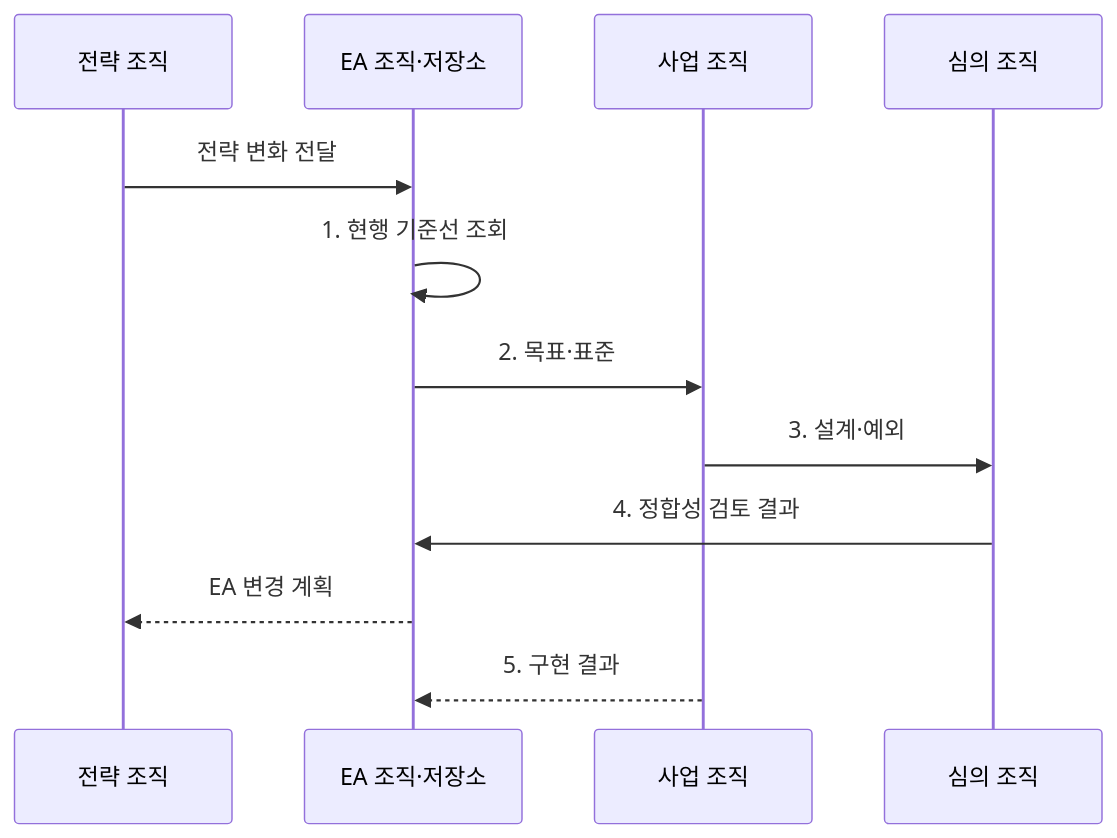
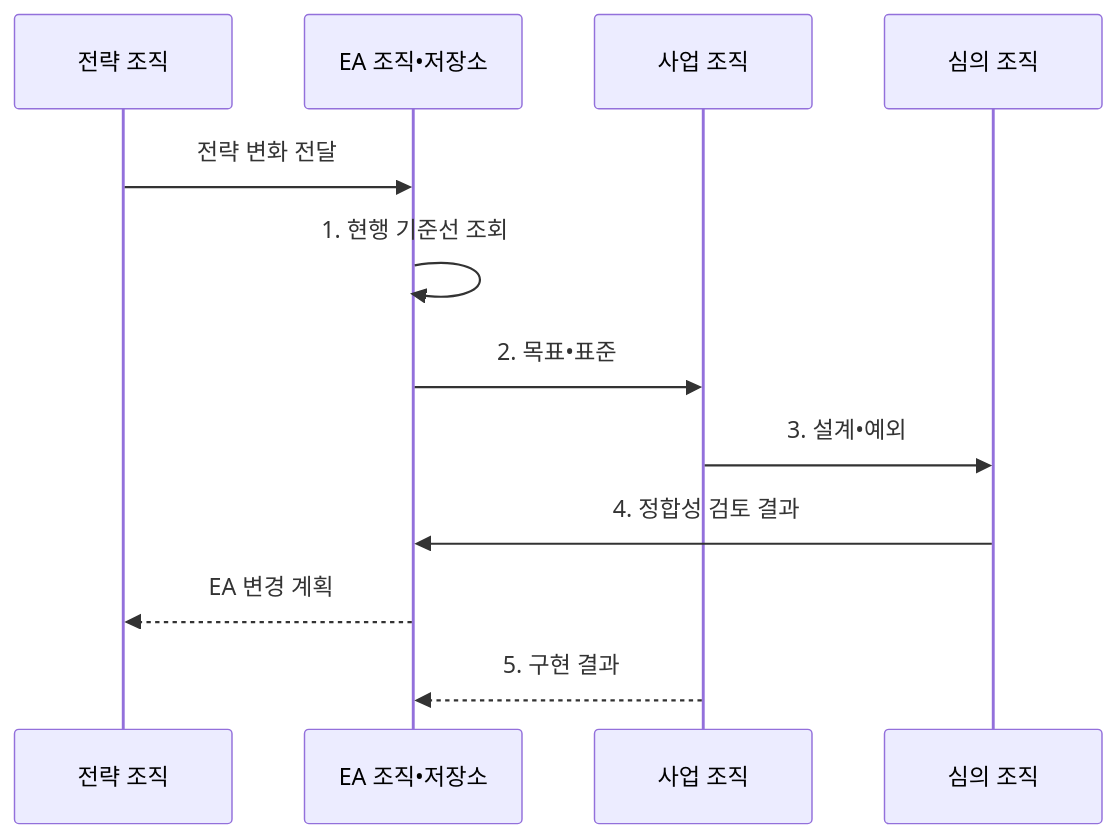
Before and after one commit to agnusdei1207/knowledge-base: the second of 2 diagrams in src/content/docs/notes/03-software/189_enterprise_architecture.md, drawn with Mermaid. The commit also changed other lines of this file and 953 other files, not shown here.

````diff
--- a/src/content/docs/notes/03-software/189_enterprise_architecture.md
+++ b/src/content/docs/notes/03-software/189_enterprise_architecture.md
@@ -108,14 +108,14 @@
 ```mermaid
 sequenceDiagram
     participant S as 전략 조직
-    participant E as EA 조직·저장소
+    participant E as EA 조직•저장소
     participant P as 사업 조직
     participant G as 심의 조직
     S->>E: 전략 변화 전달
     E->>E: 1. 현행 기준선 조회
-    E->>P: 2. 목표·표준
-    P->>G: 3. 설계·예외
+    E->>P: 2. 목표•표준
+    P->>G: 3. 설계•예외
     G->>E: 4. 정합성 검토 결과
     E-->>S: EA 변경 계획
     P-->>E: 5. 구현 결과
 ```
````
